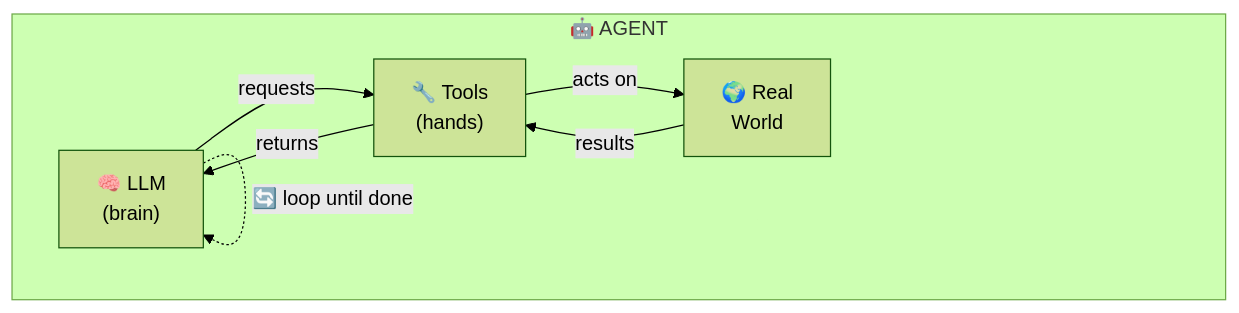
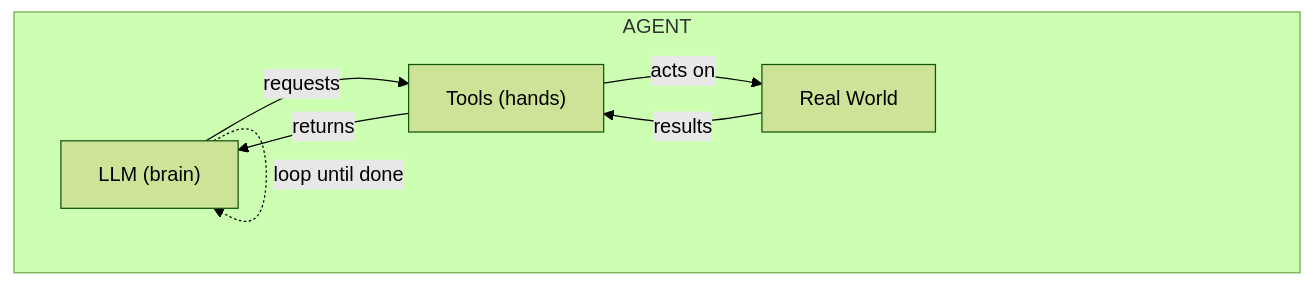
The second of 8 diagrams in README.md (2kages/agent-learning), drawn with Mermaid (forest theme) before and after one commit. The commit also changed other lines of this file and 2 other files, not shown here.

````diff
--- a/README.md
+++ b/README.md
@@ -31,17 +61,16 @@
 ```mermaid
 flowchart LR
-    subgraph AGENT["🤖 AGENT"]
+    subgraph AGENT["AGENT"]
         direction LR
-        LLM["🧠 LLM<br/>(brain)"]
-        TOOLS["🔧 Tools<br/>(hands)"]
-        WORLD["🌍 Real<br/>World"]
+        LLM["LLM (brain)"]
+        TOOLS["Tools (hands)"]
+        WORLD["Real World"]
 
         LLM -->|"requests"| TOOLS
         TOOLS -->|"acts on"| WORLD
         WORLD -->|"results"| TOOLS
         TOOLS -->|"returns"| LLM
     end
 
-    LLM -..->|"🔄 loop until done"| LLM
-
+    LLM -..->|"loop until done"| LLM
 ```
````
